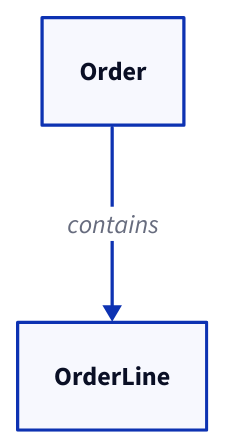
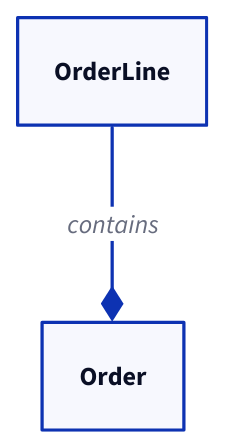
One commit to Eryc123Y/personal-skills changed the third of 7 diagrams in d2-diagram/references/uml-2.5.1-notation.md. Above: the diagram before and after it, drawn with D2. The commit also changed other lines of this file and 15 other files, not shown here.

````diff
--- a/d2-diagram/references/uml-2.5.1-notation.md
+++ b/d2-diagram/references/uml-2.5.1-notation.md
@@ -42,6 +42,6 @@
 ```d2
-Order -> OrderLine: contains {
+Order <- OrderLine: contains {
   source-arrowhead.shape: diamond
   source-arrowhead.style.filled: true
 }
 ```
````
